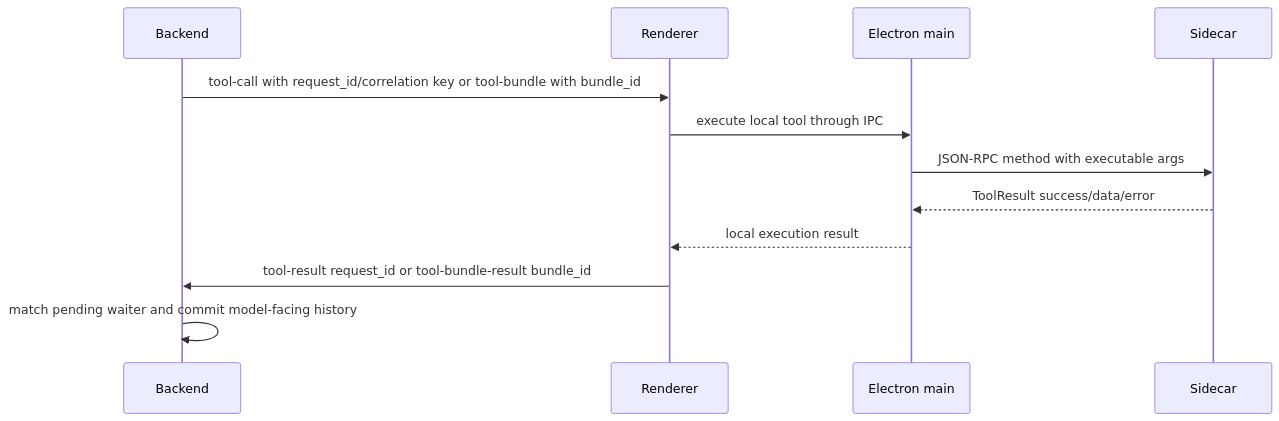
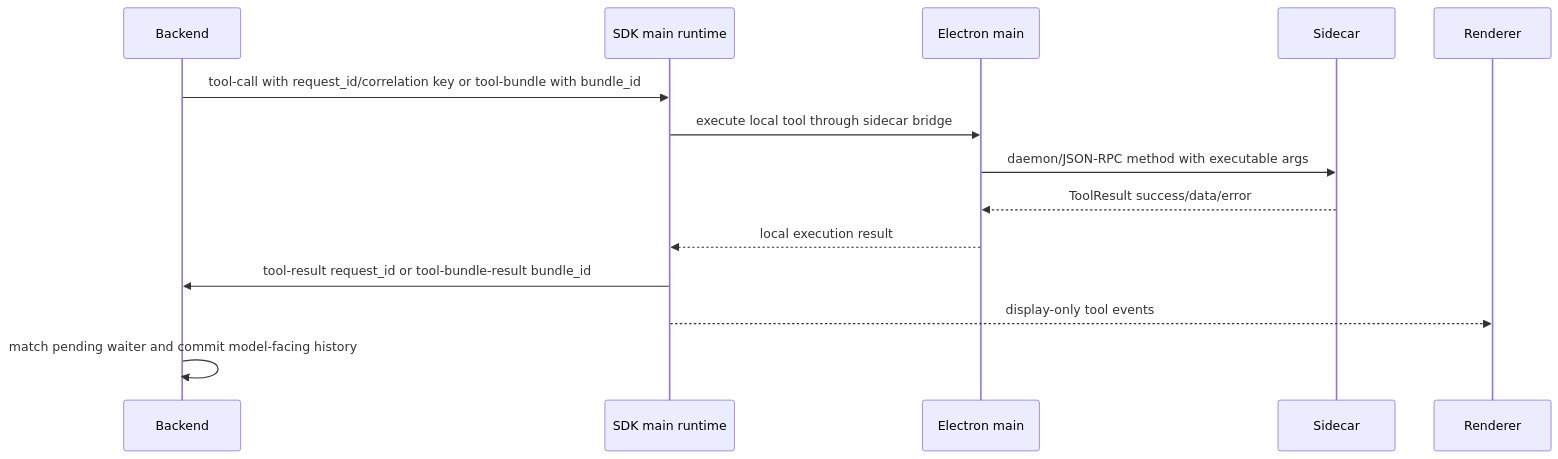
One commit to buiilding/My_Own_OpenClaw changed the second of 2 diagrams in docs/reference/session_and_transcript_reference.md. Above: the diagram before and after it, drawn with Mermaid. The commit also changed other lines of this file and 65 other files, not shown here.

Commit message:
refactor(frontend-sdk): delete renderer tool runner

````diff
--- a/docs/reference/session_and_transcript_reference.md
+++ b/docs/reference/session_and_transcript_reference.md
@@ -87,14 +87,15 @@
 ```mermaid
 sequenceDiagram
   participant Backend
-  participant Renderer
+  participant SDK as SDK main runtime
   participant Main as Electron main
   participant Sidecar
-  Backend->>Renderer: tool-call with request_id/correlation key or tool-bundle with bundle_id
-  Renderer->>Main: execute local tool through IPC
-  Main->>Sidecar: JSON-RPC method with executable args
+  Backend->>SDK: tool-call with request_id/correlation key or tool-bundle with bundle_id
+  SDK->>Main: execute local tool through sidecar bridge
+  Main->>Sidecar: daemon/JSON-RPC method with executable args
   Sidecar-->>Main: ToolResult success/data/error
-  Main-->>Renderer: local execution result
-  Renderer->>Backend: tool-result request_id or tool-bundle-result bundle_id
+  Main-->>SDK: local execution result
+  SDK->>Backend: tool-result request_id or tool-bundle-result bundle_id
+  SDK-->>Renderer: display-only tool events
   Backend->>Backend: match pending waiter and commit model-facing history
 ```
````
